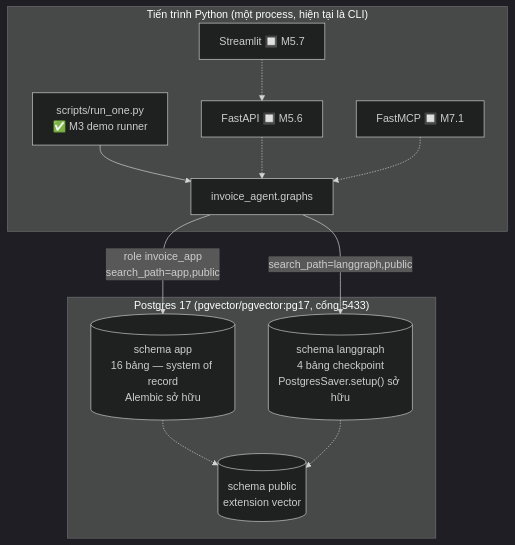
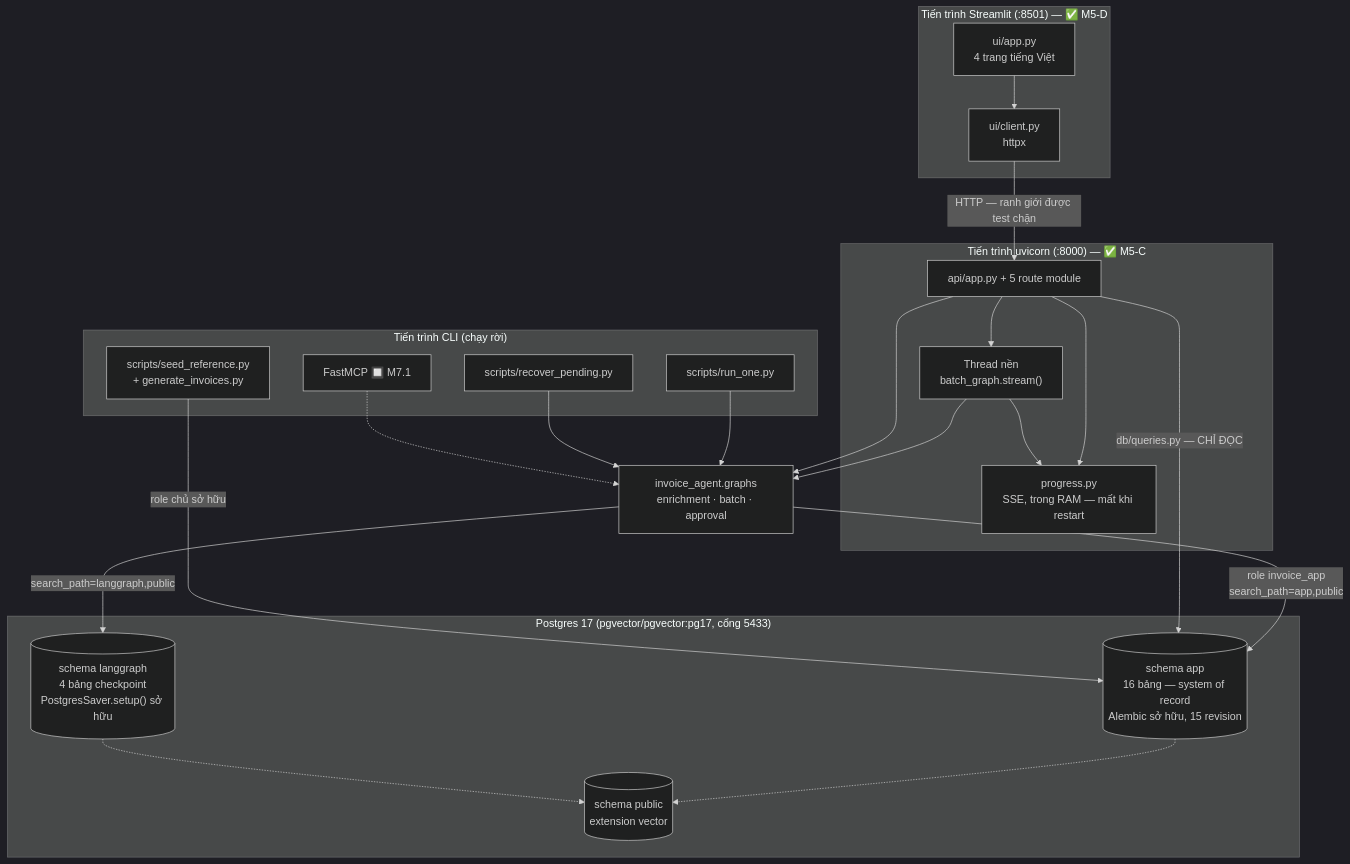
One commit to quockhanh41/Vietnamese-Invoice-agent changed the diagram in docs/diagrams/container_process.mmd. Above: the diagram before and after it, drawn with Mermaid (dark theme). The commit also changed 12 other files, not shown here.

Commit message:
refactor: update architecture diagrams, consolidate module dependencies, and add a CI enforcement test for HITL durability.

```diff
--- a/docs/diagrams/container_process.mmd
+++ b/docs/diagrams/container_process.mmd
@@ -1,23 +1,44 @@
 flowchart TB
-    subgraph PROC["Tiến trình Python (một process, hiện tại là CLI)"]
-        RUNONE["scripts/run_one.py<br/>✅ M3 demo runner"]
-        API["FastAPI 🔲 M5.6"]
-        UI["Streamlit 🔲 M5.7"]
-        MCP["FastMCP 🔲 M7.1"]
-        GRAPH["invoice_agent.graphs"]
-        RUNONE --> GRAPH
-        API -.-> GRAPH
-        UI -.-> API
-        MCP -.-> GRAPH
+    subgraph UIPROC["Tiến trình Streamlit (:8501) — ✅ M5-D"]
+        SB["ui/app.py<br/>4 trang tiếng Việt"]
+        CLIENT["ui/client.py<br/>httpx"]
+        SB --> CLIENT
     end
 
+    subgraph APIPROC["Tiến trình uvicorn (:8000) — ✅ M5-C"]
+        API["api/app.py + 5 route module"]
+        BG["Thread nền<br/>batch_graph.stream()"]
+        PROG["progress.py<br/>SSE, trong RAM — mất khi restart"]
+        API --> BG
+        API --> PROG
+        BG --> PROG
+    end
+
+    subgraph CLI["Tiến trình CLI (chạy rời)"]
+        RUNONE["scripts/run_one.py"]
+        RECOVER["scripts/recover_pending.py"]
+        SEED["scripts/seed_reference.py<br/>+ generate_invoices.py"]
+        MCP["FastMCP 🔲 M7.1"]
+    end
+
+    GRAPH["invoice_agent.graphs<br/>enrichment · batch · approval"]
+
+    CLIENT -->|"HTTP — ranh giới được test chặn"| API
+    BG --> GRAPH
+    API --> GRAPH
+    RUNONE --> GRAPH
+    RECOVER --> GRAPH
+    MCP -.-> GRAPH
+
     subgraph DB["Postgres 17 (pgvector/pgvector:pg17, cổng 5433)"]
-        APP[("schema app<br/>16 bảng — system of record<br/>Alembic sở hữu")]
+        APP[("schema app<br/>16 bảng — system of record<br/>Alembic sở hữu, 15 revision")]
         LG[("schema langgraph<br/>4 bảng checkpoint<br/>PostgresSaver.setup() sở hữu")]
         PUB[("schema public<br/>extension vector")]
     end
 
     GRAPH -->|"role invoice_app<br/>search_path=app,public"| APP
     GRAPH -->|"search_path=langgraph,public"| LG
+    API -->|"db/queries.py — CHỈ ĐỌC"| APP
+    SEED -->|"role chủ sở hữu"| APP
     APP -.-> PUB
     LG -.-> PUB
```
